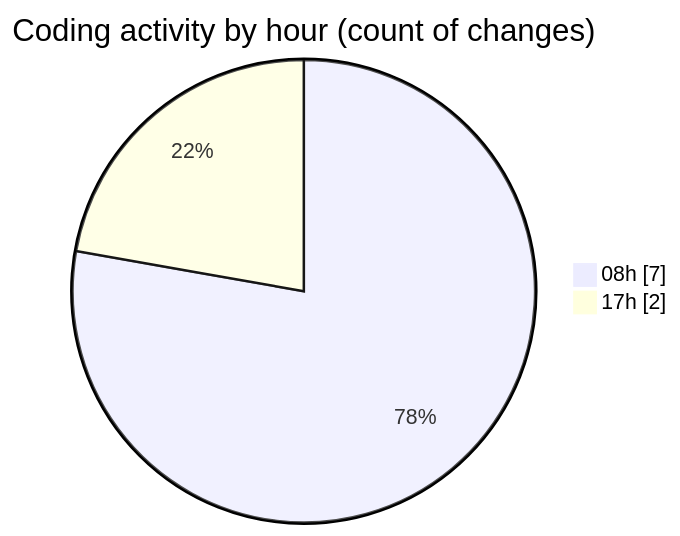
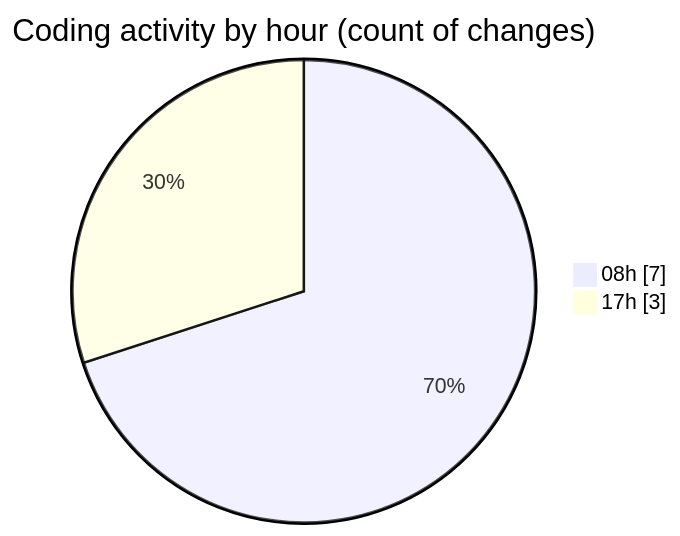
The second of 2 diagrams in 2025-02-06/mbc-web/README.md (robertbonfada/code-tracking), drawn with Mermaid before and after one commit. The commit also changed other lines of this file and 1 other file, not shown here.

````diff
--- a/2025-02-06/mbc-web/README.md
+++ b/2025-02-06/mbc-web/README.md
@@ -32,6 +32,6 @@
 ```mermaid
 pie showData
 title Coding activity by hour (count of changes)
 "08h" : 7
-"17h" : 2
+"17h" : 3
 ```
````
